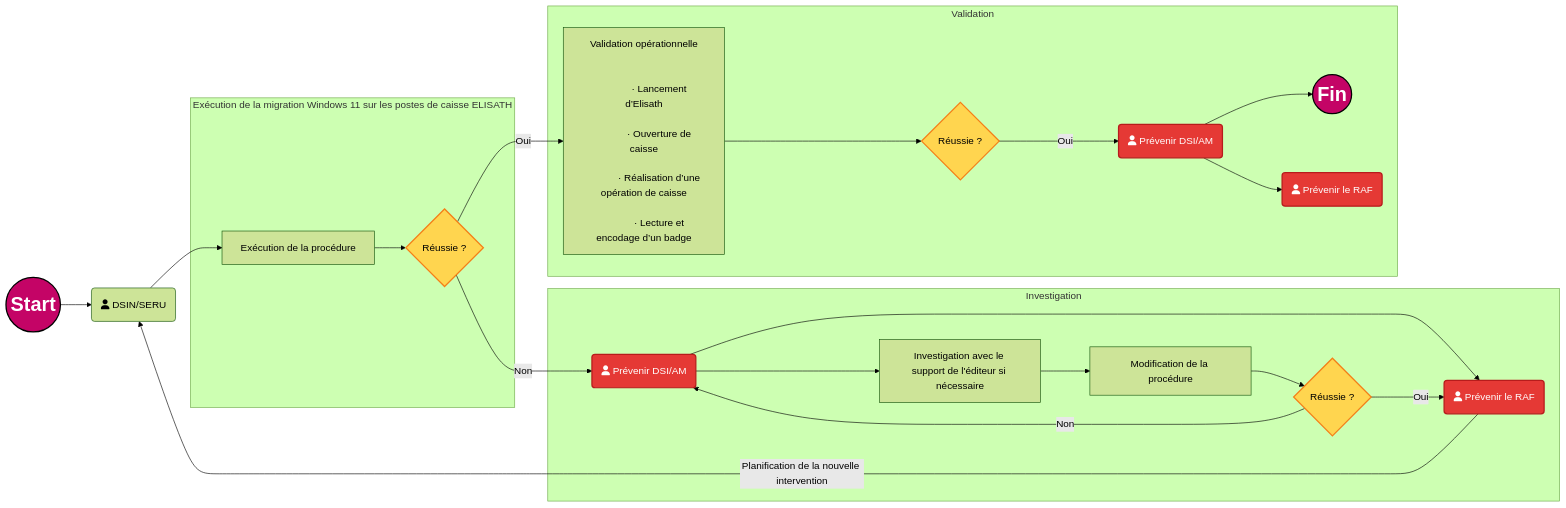
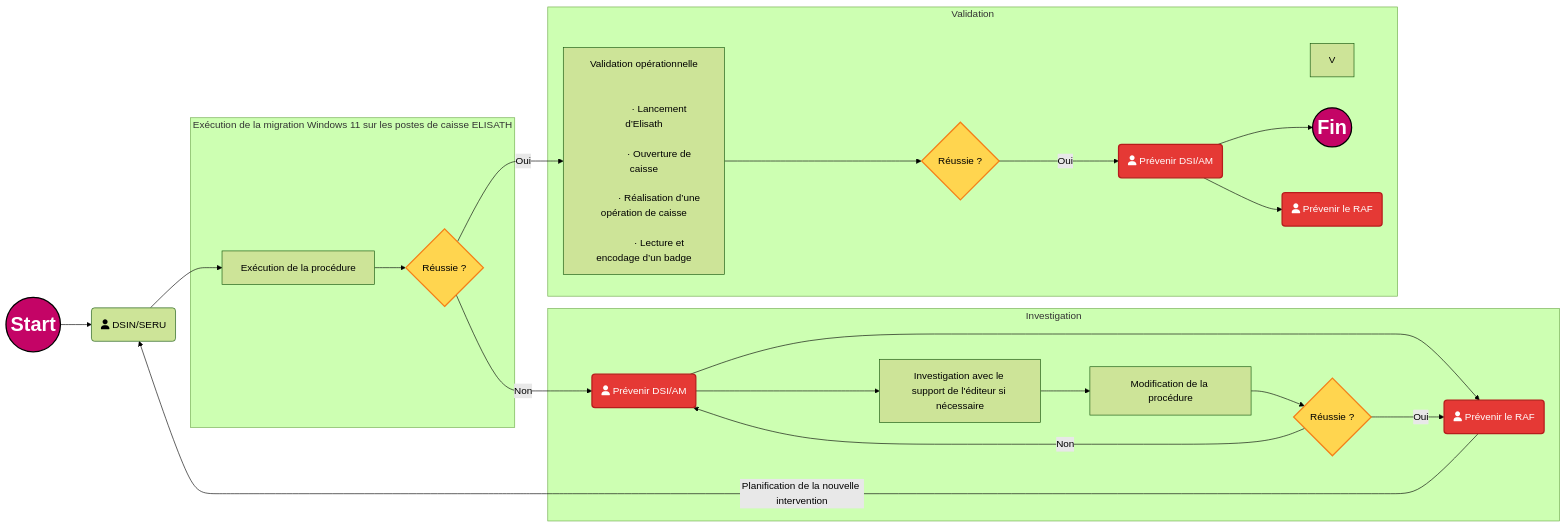
Before and after one commit to fdadda/iodraw-files: the diagram in all/Flux de validation.md, drawn with Mermaid (forest theme).

Commit message:
2026-05-12 11:40:32 update

````diff
--- a/all/Flux de validation.md
+++ b/all/Flux de validation.md
@@ -1,59 +1,60 @@
 ```mermaid
 flowchart LR
 
     start((Start)) --> A
     A(fa:fa-user DSIN/SERU) --> B[Exécution de la procédure]
 
     subgraph Exécution de la migration Windows 11 sur les postes de caisse ELISATH
         B --> C{Réussie ?}
     end
 
     subgraph Validation
         C -->|Oui| D["Validation opérationnelle<br/><br/>
             · Lancement d’Elisath<br/>
             · Ouverture de caisse<br/>
             · Réalisation d’une opération de caisse<br/>
             · Lecture et encodage d’un badge"]
 
         D --> Val{Réussie ?}
 
         Val -->|Oui| PrevDSI(fa:fa-user Prévenir DSI/AM)
+        V
         PrevDSI --> fin((Fin))
         PrevDSI  --> PrevRAF(fa:fa-user Prévenir le RAF)
     end
 
     subgraph Investigation
         C -->|Non| E(fa:fa-user Prévenir DSI/AM)
         E --> F(fa:fa-user Prévenir le RAF)
         E --> G[Investigation avec le support de l'éditeur si nécessaire]
         G --> H[Modification de la procédure]
         H --> I{Réussie ?}
         I -->|Oui| F
         I -->|Non| E
     end
 
     F -->|Planification de la nouvelle intervention| A
 
     %% --- STYLES ---
     classDef StartEndPoint fill:#c40466,stroke:#000,color:#fff,stroke-width:2px,font-size:16px,font-weight:bold;
     classDef decision      fill:#ffd54f,stroke:#f57f17,color:#000,stroke-width:2px;
     classDef error         fill:#e53935,stroke:#b71c1c,color:#fff,stroke-width:2px;
 
     %% --- AFFECTATION DES CLASSES ---
     class start,fin StartEndPoint;
     class C,I,Val decision;
     class E,F,PrevDSI,PrevRAF error;
 
     %% --- “CEINTURE + BRETELLES” (force le style sur les 2 nœuds) ---
     style start font-size:32px,font-weight:bold
     style fin   font-size:32px,font-weight:bold
 
     %% --- Codes couleur (commentaires) ---
     %% Bleu marine #000080
     %% Midnight blue #191970
     %% Bleu foncé intense #080F70
     %% Bleu foncé moderne #111184
     %% Orange #ffd54f
     %% Rouge #e53935
     %% Rose CAPI #c40466
 ```
````
